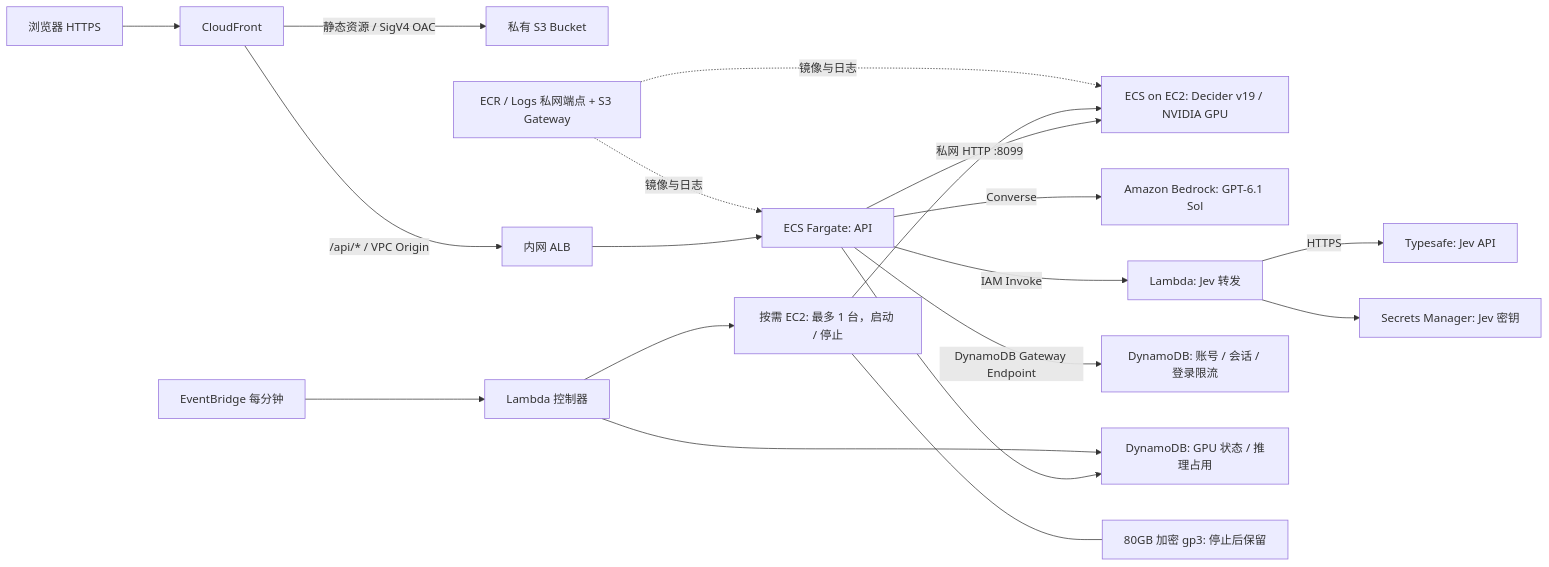
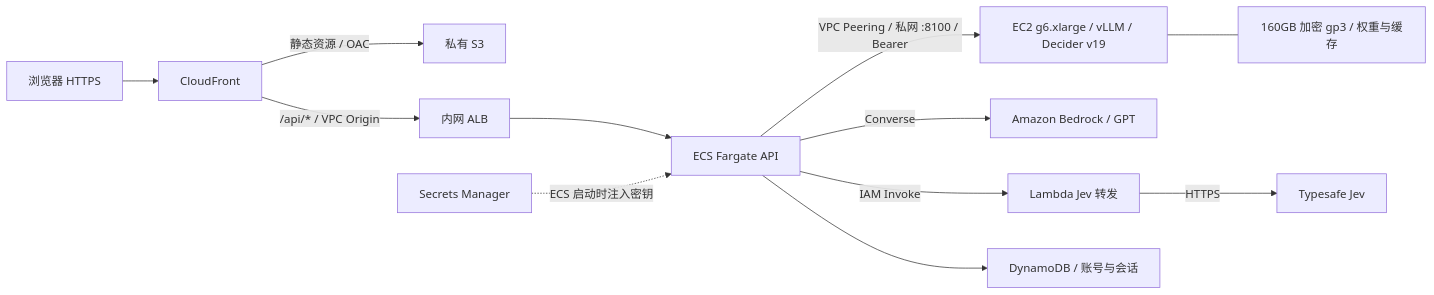
Before and after one commit to milan9527/StrandsDecider: the diagram in deployment/README.md, drawn with Mermaid. The commit also changed other lines of this file and 526 other files, not shown here.

First line of the commit message:
Use shared vLLM inference across all Decider demo modules

````diff
--- a/deployment/README.md
+++ b/deployment/README.md
@@ -17,21 +7,14 @@
 ```mermaid
 flowchart LR
     Browser[浏览器 HTTPS] --> CF[CloudFront]
-    CF -->|静态资源 / SigV4 OAC| S3[私有 S3 Bucket]
+    CF -->|静态资源 / OAC| S3[私有 S3]
     CF -->|/api/* / VPC Origin| ALB[内网 ALB]
-    ALB --> API[ECS Fargate: API]
-    API -->|私网 HTTP :8099| Model[ECS on EC2: Decider v19 / NVIDIA GPU]
-    API -->|Converse| Bedrock[Amazon Bedrock: GPT-6.1 Sol]
-    API -->|IAM Invoke| JevBridge[Lambda: Jev 转发]
-    JevBridge -->|HTTPS| Jev[Typesafe: Jev API]
-    JevBridge --> Secret[Secrets Manager: Jev 密钥]
-    API -->|DynamoDB Gateway Endpoint| Auth[DynamoDB: 账号 / 会话 / 登录限流]
-    API --> State[DynamoDB: GPU 状态 / 推理占用]
-    Timer[EventBridge 每分钟] --> Controller[Lambda 控制器]
-    Controller --> State
-    Controller --> EC2[按需 EC2: 最多 1 台，启动 / 停止]
-    EC2 --> Model
-    EC2 --- EBS[80GB 加密 gp3: 停止后保留]
-    Endpoints[ECR / Logs 私网端点 + S3 Gateway] -.镜像与日志.-> API
-    Endpoints -.镜像与日志.-> Model
+    ALB --> API[ECS Fargate API]
+    API -->|VPC Peering / 私网 :8100 / Bearer| Model[EC2 g6.xlarge / vLLM / Decider v19]
+    Model --- EBS[160GB 加密 gp3 / 权重与缓存]
+    Secret[Secrets Manager] -. ECS 启动时注入密钥 .-> API
+    API -->|Converse| Bedrock[Amazon Bedrock / GPT]
+    API -->|IAM Invoke| Bridge[Lambda Jev 转发]
+    Bridge -->|HTTPS| Jev[Typesafe Jev]
+    API --> Auth[DynamoDB / 账号与会话]
 ```
````
